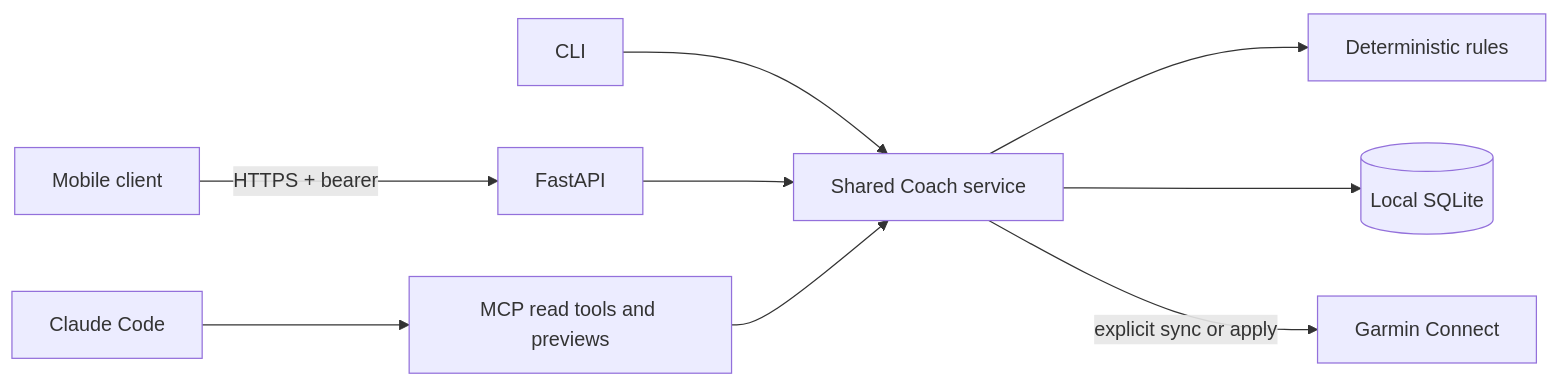
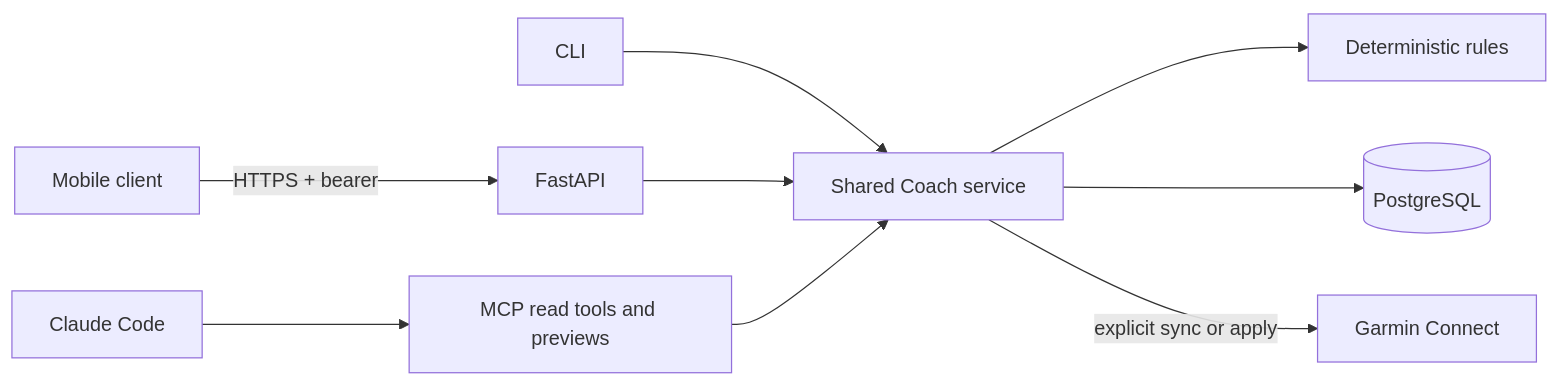
The diagram in docs/architecture.md (junlov/stride-coach), drawn with Mermaid before and after one commit. The commit also changed other lines of this file and 44 other files, not shown here.

First line of the commit message:
feat(stride_coach): add typed PostgreSQL storage and self-hosting (#5)

````diff
--- a/docs/architecture.md
+++ b/docs/architecture.md
@@ -15,11 +21,11 @@
 ```mermaid
 flowchart LR
     CLI[CLI] --> Service[Shared Coach service]
     Phone[Mobile client] -->|HTTPS + bearer| API[FastAPI]
     API --> Service
     Claude[Claude Code] --> MCP[MCP read tools and previews]
     MCP --> Service
     Service --> Engine[Deterministic rules]
-    Service --> DB[(Local SQLite)]
+    Service --> DB[(PostgreSQL)]
     Service -->|explicit sync or apply| Garmin[Garmin Connect]
 ```
````
